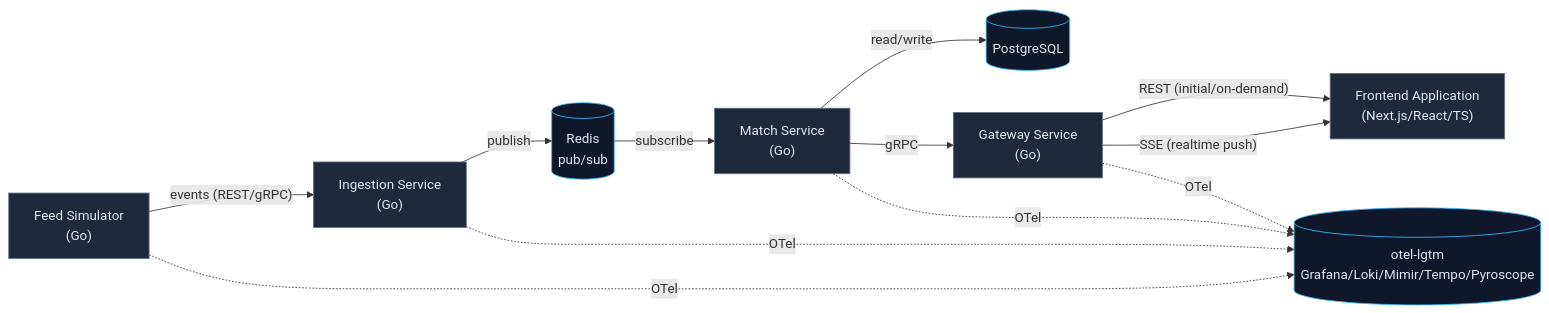
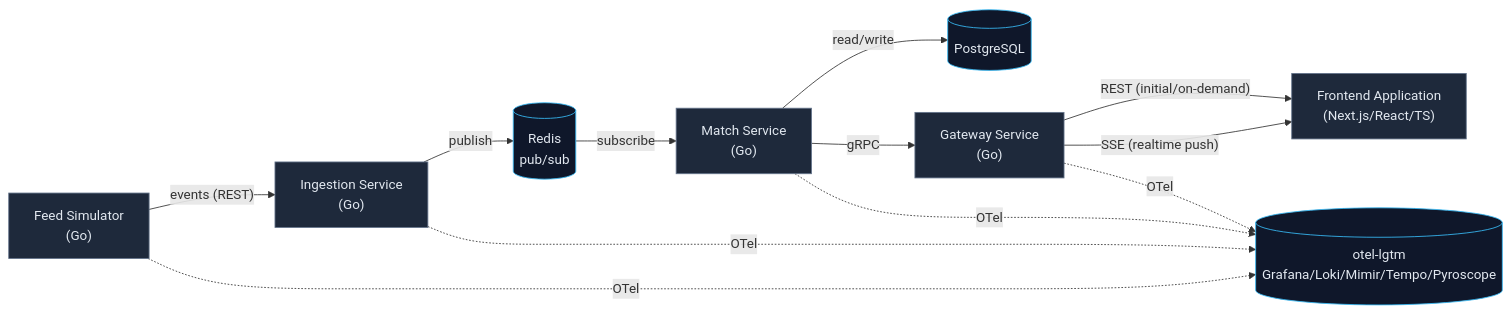
Before and after one commit to AndoNorth/match-flow: the diagram in docs/ARCHITECTURE.md, drawn with Mermaid. The commit also changed other lines of this file and 27 other files, not shown here.

First line of the commit message:
feat(ingestion): [#7,#2] scaffold Ingestion Service and wire Feed Simulator submission (#7)

````diff
--- a/docs/ARCHITECTURE.md
+++ b/docs/ARCHITECTURE.md
@@ -20,21 +20,21 @@
 ```mermaid
 flowchart LR
-    FS["Feed Simulator<br/>(Go)"] -- "events (REST/gRPC)" --> ING["Ingestion Service<br/>(Go)"]
+    FS["Feed Simulator<br/>(Go)"] -- "events (REST)" --> ING["Ingestion Service<br/>(Go)"]
     ING -- "publish" --> REDIS[("Redis<br/>pub/sub")]
     REDIS -- "subscribe" --> MATCH["Match Service<br/>(Go)"]
     MATCH -- "read/write" --> PG[("PostgreSQL")]
     MATCH -- "gRPC" --> GW["Gateway Service<br/>(Go)"]
     GW -- "REST (initial/on-demand)" --> FE["Frontend Application<br/>(Next.js/React/TS)"]
     GW -- "SSE (realtime push)" --> FE
 
     FS -.->|OTel| OBS
     ING -.->|OTel| OBS
     MATCH -.->|OTel| OBS
     GW -.->|OTel| OBS
     OBS[("otel-lgtm<br/>Grafana/Loki/Mimir/Tempo/Pyroscope")]
 
     classDef svc fill:#1e293b,stroke:#64748b,color:#e2e8f0;
     classDef infra fill:#0f172a,stroke:#38bdf8,color:#e2e8f0;
     class FS,ING,MATCH,GW,FE svc;
     class REDIS,PG,OBS infra;
 ```
````
